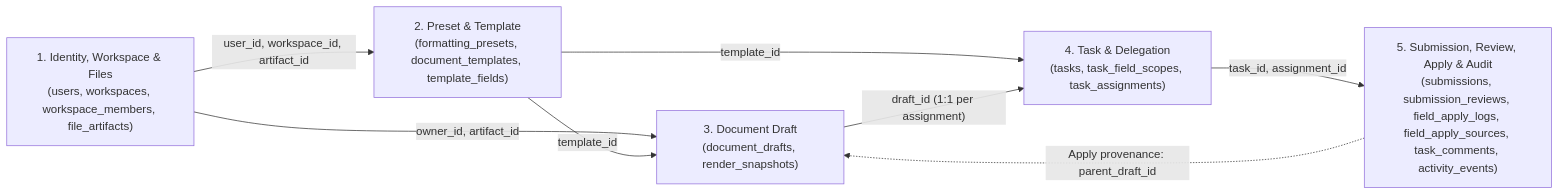
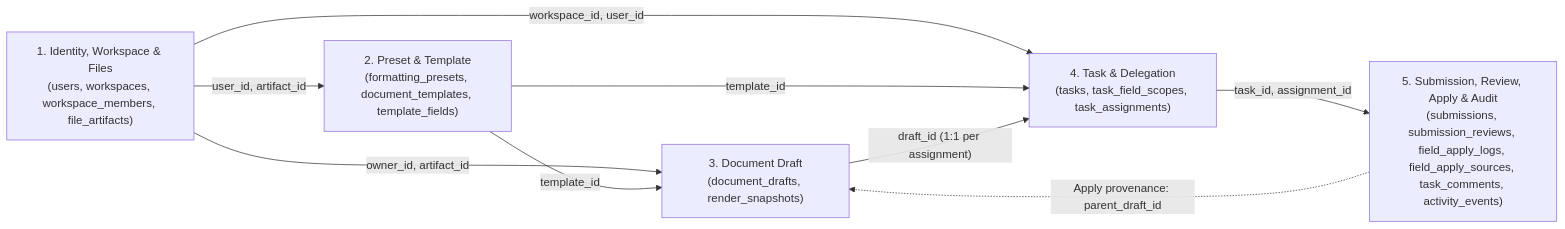
One commit to buitrong06/CS300-DocumentFromForm changed the first of 7 diagrams in docs/analysis-and-design/database-overview.md. Above: the diagram before and after it, drawn with Mermaid. The commit also changed other lines of this file and 18 other files, not shown here.

````diff
--- a/docs/analysis-and-design/database-overview.md
+++ b/docs/analysis-and-design/database-overview.md
@@ -32,16 +32,17 @@
 ```mermaid
 flowchart LR
     G1["1. Identity, Workspace & Files<br/>(users, workspaces, workspace_members, file_artifacts)"]
     G2["2. Preset & Template<br/>(formatting_presets, document_templates, template_fields)"]
     G3["3. Document Draft<br/>(document_drafts, render_snapshots)"]
     G4["4. Task & Delegation<br/>(tasks, task_field_scopes, task_assignments)"]
     G5["5. Submission, Review, Apply & Audit<br/>(submissions, submission_reviews, field_apply_logs, field_apply_sources, task_comments, activity_events)"]
 
-    G1 -- "user_id, workspace_id, artifact_id" --> G2
+    G1 -- "user_id, artifact_id" --> G2
     G1 -- "owner_id, artifact_id" --> G3
+    G1 -- "workspace_id, user_id" --> G4
     G2 -- "template_id" --> G3
     G2 -- "template_id" --> G4
     G3 -- "draft_id (1:1 per assignment)" --> G4
     G4 -- "task_id, assignment_id" --> G5
     G5 -. "Apply provenance: parent_draft_id" .-> G3
 ```
````
